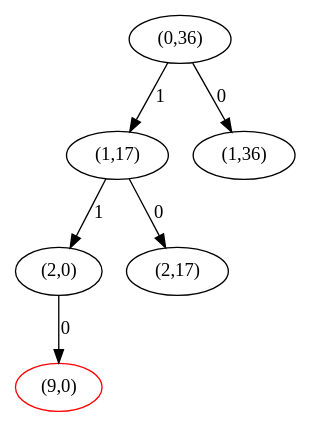
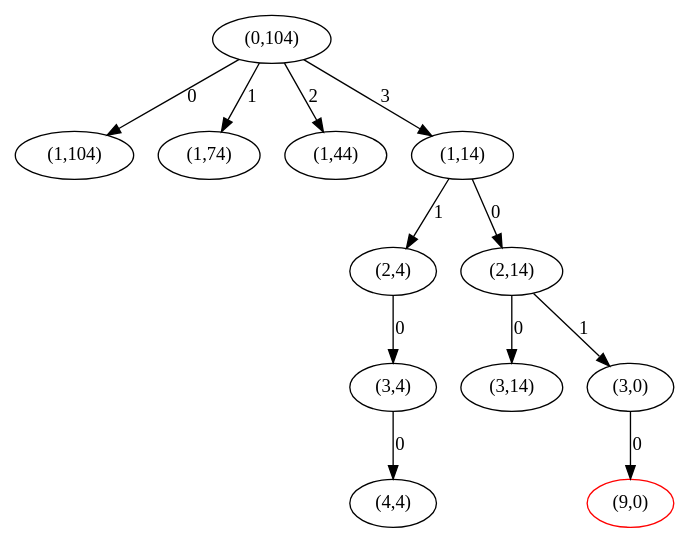
One commit to migueltoro/ada_v2_18 changed the diagram in java/EjemplosAlgoritmos/ficheros/MonedasAstarGraph2.gv. Above: the diagram before and after it, drawn with Graphviz. The commit also changed 4 other files, not shown here.

```diff
--- a/java/EjemplosAlgoritmos/ficheros/MonedasAstarGraph2.gv
+++ b/java/EjemplosAlgoritmos/ficheros/MonedasAstarGraph2.gv
@@ -1,13 +1,25 @@
 strict digraph G {
-  1 [ label="(1,17)" ];
-  2 [ label="(1,36)" ];
-  3 [ label="(0,36)" ];
-  4 [ color="red" label="(9,0)" ];
-  5 [ label="(2,0)" ];
-  6 [ label="(2,17)" ];
-  3 -> 1 [ color="black" label="1" ];
+  1 [ label="(4,4)" ];
+  2 [ label="(3,4)" ];
+  3 [ label="(2,4)" ];
+  4 [ label="(1,104)" ];
+  5 [ color="red" label="(9,0)" ];
+  6 [ label="(0,104)" ];
+  7 [ label="(1,74)" ];
+  8 [ label="(1,44)" ];
+  9 [ label="(3,14)" ];
+  10 [ label="(2,14)" ];
+  11 [ label="(1,14)" ];
+  12 [ label="(3,0)" ];
+  2 -> 1 [ color="black" label="0" ];
   3 -> 2 [ color="black" label="0" ];
-  5 -> 4 [ color="black" label="0" ];
-  1 -> 5 [ color="black" label="1" ];
-  1 -> 6 [ color="black" label="0" ];
+  11 -> 3 [ color="black" label="1" ];
+  6 -> 4 [ color="black" label="0" ];
+  12 -> 5 [ color="black" label="0" ];
+  6 -> 7 [ color="black" label="1" ];
+  6 -> 8 [ color="black" label="2" ];
+  10 -> 9 [ color="black" label="0" ];
+  11 -> 10 [ color="black" label="0" ];
+  6 -> 11 [ color="black" label="3" ];
+  10 -> 12 [ color="black" label="1" ];
 }
```
